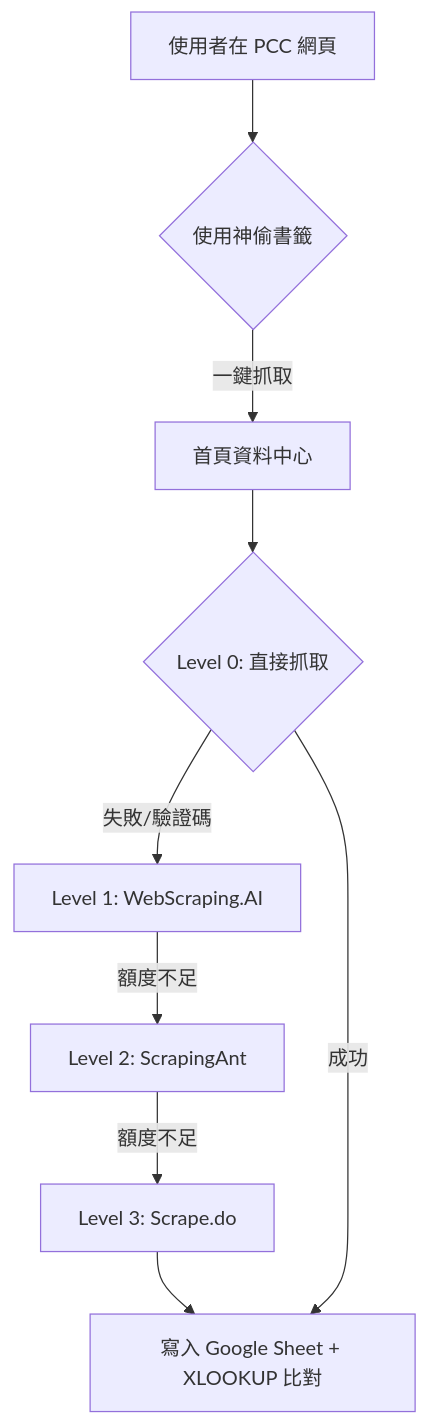
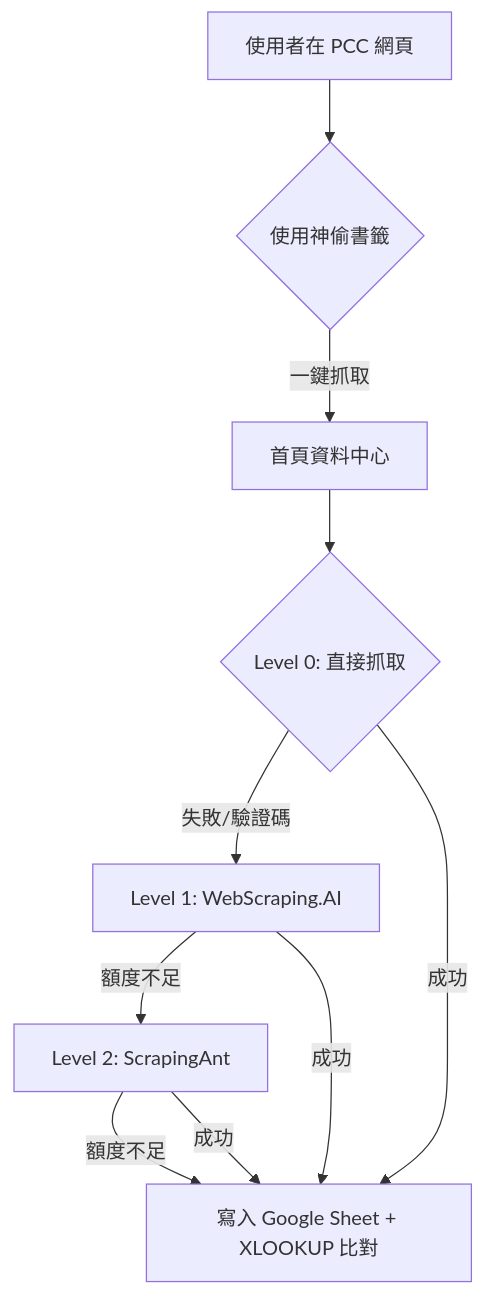
One commit to shirleyhilti22348814/pcc changed the diagram in USER_GUIDE.md. Above: the diagram before and after it, drawn with Mermaid. The commit also changed other lines of this file and 3 other files, not shown here.

````diff
--- a/USER_GUIDE.md
+++ b/USER_GUIDE.md
@@ -24,11 +24,12 @@
 ```mermaid
 graph TD
     A[使用者在 PCC 網頁] --> B{使用神偷書籤}
     B -->|一鍵抓取| C[首頁資料中心]
     C --> D{Level 0: 直接抓取}
     D -->|失敗/驗證碼| E[Level 1: WebScraping.AI]
     E -->|額度不足| F[Level 2: ScrapingAnt]
-    F -->|額度不足| G[Level 3: Scrape.do]
-    G --> H[寫入 Google Sheet + XLOOKUP 比對]
+    F -->|額度不足| H[寫入 Google Sheet + XLOOKUP 比對]
     D -->|成功| H
+    E -->|成功| H
+    F -->|成功| H
 ```
````
